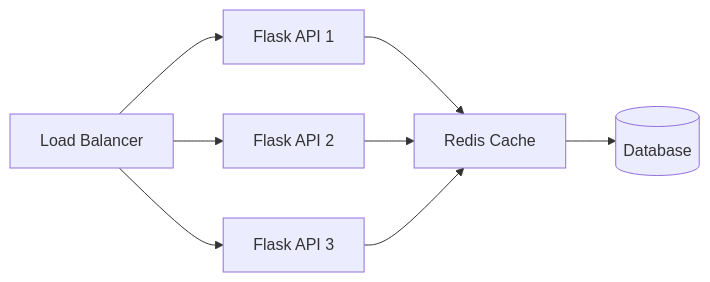
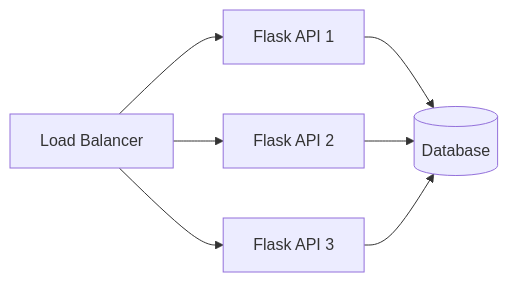
Before and after one commit to galafis/Anomaly-Detection-System: the third of 4 diagrams in docs/ARCHITECTURE.md, drawn with Mermaid. The commit also changed other lines of this file and 12 other files, not shown here.

````diff
--- a/docs/ARCHITECTURE.md
+++ b/docs/ARCHITECTURE.md
@@ -270,12 +250,10 @@
 ```mermaid
 graph LR
     LB[Load Balancer] --> API1[Flask API 1]
     LB --> API2[Flask API 2]
     LB --> API3[Flask API 3]
     
-    API1 --> REDIS[Redis Cache]
-    API2 --> REDIS
-    API3 --> REDIS
-    
-    REDIS --> DB[(Database)]
+    API1 --> DB[(Database)]
+    API2 --> DB
+    API3 --> DB
 ```
````
